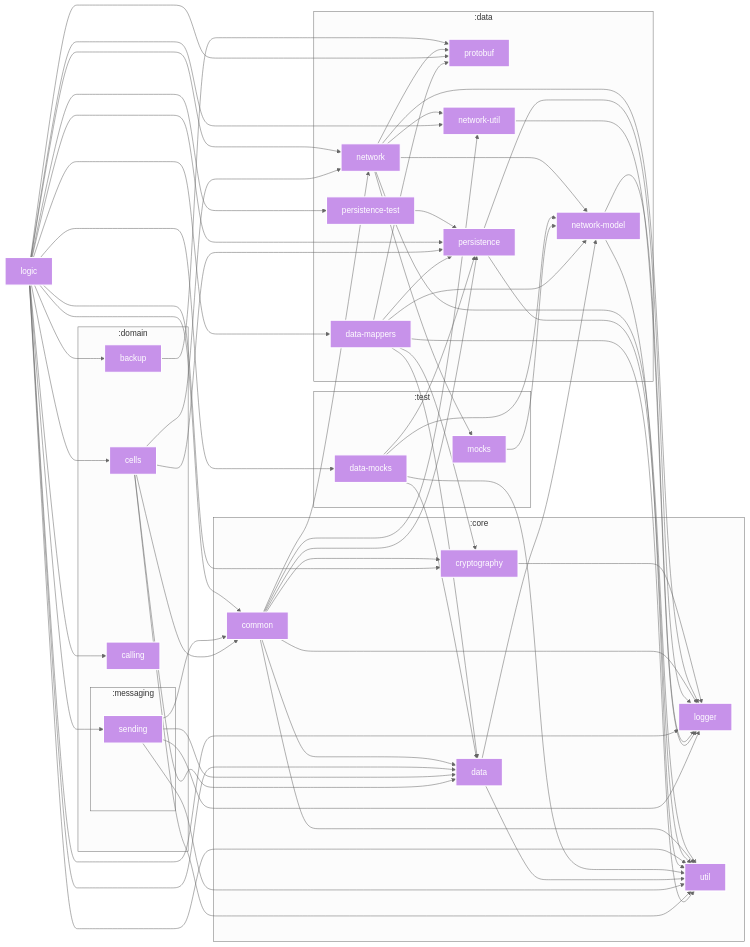
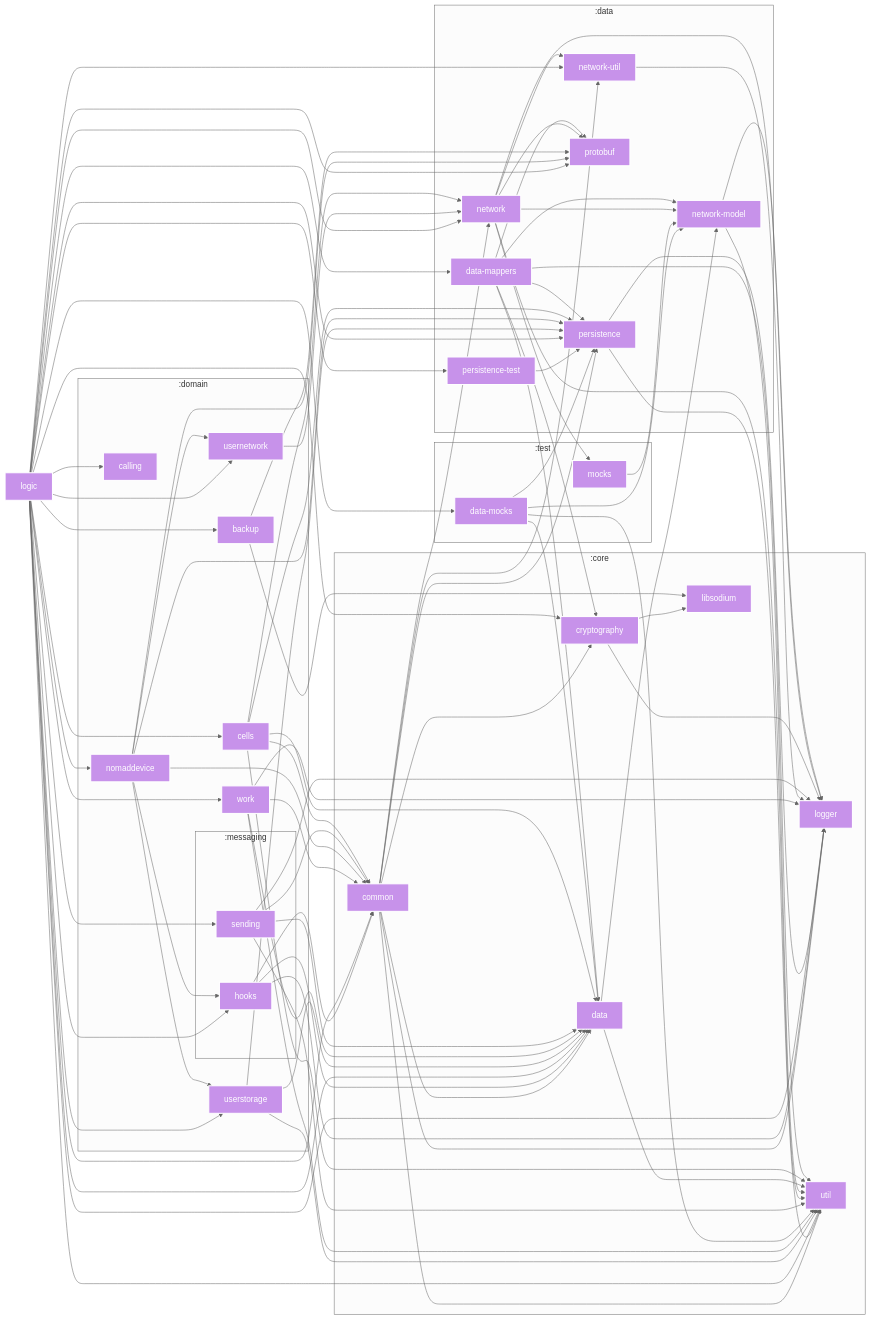
One commit to wireapp/kalium changed the diagram in README.md. Above: the diagram before and after it, drawn with Mermaid.

Commit message:
docs: update module graph

````diff
--- a/README.md
+++ b/README.md
@@ -177,65 +177,59 @@
 graph LR
   :logic["logic"]
   subgraph :core
-    :core:cryptography["cryptography"]
-    :core:logger["logger"]
-    :core:util["util"]
-    :core:common["common"]
-    :core:data["data"]
-    :core:cryptography["cryptography"]
     :core:common["common"]
     :core:data["data"]
     :core:logger["logger"]
+    :core:util["util"]
     :core:cryptography["cryptography"]
-    :core:util["util"]
+    :core:common["common"]
+    :core:cryptography["cryptography"]
+    :core:libsodium["libsodium"]
     :core:data["data"]
-    :core:common["common"]
-  end
-  subgraph :domain
-    :domain:backup["backup"]
-    :domain:calling["calling"]
-    :domain:cells["cells"]
-    :domain:backup["backup"]
-    :domain:cells["cells"]
-    subgraph :messaging
-      :domain:messaging:sending["sending"]
-      :domain:messaging:sending["sending"]
-    end
   end
   subgraph :data
-    :data:protobuf["protobuf"]
+    :data:persistence["persistence"]
     :data:network["network"]
-    :data:network-model["network-model"]
     :data:network-util["network-util"]
     :data:persistence["persistence"]
-    :data:network["network"]
-    :data:persistence["persistence"]
     :data:persistence-test["persistence-test"]
-    :data:network-util["network-util"]
-    :data:network["network"]
     :data:data-mappers["data-mappers"]
-    :data:persistence["persistence"]
     :data:protobuf["protobuf"]
     :data:persistence-test["persistence-test"]
     :data:network-model["network-model"]
     :data:network-util["network-util"]
+    :data:network["network"]
+    :data:network-model["network-model"]
     :data:data-mappers["data-mappers"]
   end
+  subgraph :domain
+    :domain:work["work"]
+    :domain:calling["calling"]
+    :domain:cells["cells"]
+    :domain:backup["backup"]
+    :domain:nomaddevice["nomaddevice"]
+    :domain:userstorage["userstorage"]
+    :domain:usernetwork["usernetwork"]
+    :domain:userstorage["userstorage"]
+    :domain:work["work"]
+    :domain:nomaddevice["nomaddevice"]
+    :domain:usernetwork["usernetwork"]
+    :domain:backup["backup"]
+    :domain:cells["cells"]
+    subgraph :messaging
+      :domain:messaging:hooks["hooks"]
+      :domain:messaging:sending["sending"]
+      :domain:messaging:hooks["hooks"]
+      :domain:messaging:sending["sending"]
+    end
+  end
   subgraph :test
-    :test:mocks["mocks"]
     :test:data-mocks["data-mocks"]
     :test:data-mocks["data-mocks"]
     :test:mocks["mocks"]
+    :test:mocks["mocks"]
   end
 
-  :core:cryptography --> :core:logger
-  :domain:backup --> :data:protobuf
-  :data:network --> :data:network-model
-  :data:network --> :core:logger
-  :data:network --> :data:protobuf
-  :data:network --> :core:util
-  :data:network --> :data:network-util
-  :data:network --> :test:mocks
   :core:common --> :core:data
   :core:common --> :core:logger
   :core:common --> :core:util
@@ -243,10 +237,14 @@
   :core:common --> :data:network
   :core:common --> :data:network-util
   :core:common --> :core:cryptography
+  :domain:messaging:hooks --> :core:data
+  :domain:messaging:hooks --> :core:common
+  :domain:messaging:hooks --> :core:logger
   :data:persistence --> :core:logger
   :data:persistence --> :core:util
   :data:persistence-test --> :data:persistence
   :logic --> :core:common
+  :logic --> :domain:work
   :logic --> :core:data
   :logic --> :data:network-util
   :logic --> :core:logger
@@ -259,23 +257,51 @@
   :logic --> :core:util
   :logic --> :domain:cells
   :logic --> :domain:backup
+  :logic --> :domain:nomaddevice
+  :logic --> :domain:userstorage
+  :logic --> :domain:usernetwork
   :logic --> :domain:messaging:sending
+  :logic --> :domain:messaging:hooks
   :logic --> :data:persistence-test
   :logic --> :test:data-mocks
-  :data:network-model --> :core:logger
-  :data:network-model --> :core:util
+  :domain:userstorage --> :data:persistence
+  :domain:userstorage --> :core:util
+  :domain:userstorage --> :core:data
+  :domain:work --> :core:common
+  :domain:work --> :core:data
+  :domain:work --> :core:logger
+  :domain:work --> :core:util
   :test:data-mocks --> :core:data
   :test:data-mocks --> :data:persistence
   :test:data-mocks --> :data:network-model
   :test:data-mocks --> :core:util
+  :domain:nomaddevice --> :core:common
+  :domain:nomaddevice --> :data:protobuf
+  :domain:nomaddevice --> :domain:messaging:hooks
+  :domain:nomaddevice --> :domain:usernetwork
+  :domain:nomaddevice --> :domain:userstorage
+  :domain:nomaddevice --> :data:persistence
   :data:network-util --> :core:logger
-  :core:data --> :data:network-model
-  :core:data --> :core:util
   :test:mocks --> :data:network-model
   :domain:messaging:sending --> :core:common
   :domain:messaging:sending --> :core:data
   :domain:messaging:sending --> :core:logger
   :domain:messaging:sending --> :core:util
+  :domain:usernetwork --> :data:network
+  :core:cryptography --> :core:logger
+  :core:cryptography --> :core:libsodium
+  :domain:backup --> :core:libsodium
+  :domain:backup --> :data:protobuf
+  :data:network --> :data:network-model
+  :data:network --> :core:logger
+  :data:network --> :data:protobuf
+  :data:network --> :core:util
+  :data:network --> :data:network-util
+  :data:network --> :test:mocks
+  :data:network-model --> :core:logger
+  :data:network-model --> :core:util
+  :core:data --> :data:network-model
+  :core:data --> :core:util
   :domain:cells --> :core:common
   :domain:cells --> :data:network
   :domain:cells --> :core:data
@@ -289,24 +315,30 @@
   :data:data-mappers --> :core:util
 
 classDef kotlin-multiplatform fill:#C792EA,stroke:#fff,stroke-width:2px,color:#fff;
-class :core:cryptography kotlin-multiplatform
-class :core:logger kotlin-multiplatform
-class :domain:backup kotlin-multiplatform
-class :data:protobuf kotlin-multiplatform
-class :data:network kotlin-multiplatform
-class :data:network-model kotlin-multiplatform
-class :core:util kotlin-multiplatform
-class :data:network-util kotlin-multiplatform
-class :test:mocks kotlin-multiplatform
 class :core:common kotlin-multiplatform
 class :core:data kotlin-multiplatform
+class :core:logger kotlin-multiplatform
+class :core:util kotlin-multiplatform
 class :data:persistence kotlin-multiplatform
+class :data:network kotlin-multiplatform
+class :data:network-util kotlin-multiplatform
+class :core:cryptography kotlin-multiplatform
+class :domain:messaging:hooks kotlin-multiplatform
 class :data:persistence-test kotlin-multiplatform
 class :logic kotlin-multiplatform
+class :domain:work kotlin-multiplatform
 class :domain:calling kotlin-multiplatform
 class :data:data-mappers kotlin-multiplatform
+class :data:protobuf kotlin-multiplatform
 class :domain:cells kotlin-multiplatform
+class :domain:backup kotlin-multiplatform
+class :domain:nomaddevice kotlin-multiplatform
+class :domain:userstorage kotlin-multiplatform
+class :domain:usernetwork kotlin-multiplatform
 class :domain:messaging:sending kotlin-multiplatform
 class :test:data-mocks kotlin-multiplatform
+class :data:network-model kotlin-multiplatform
+class :test:mocks kotlin-multiplatform
+class :core:libsodium kotlin-multiplatform
 
 ```
````
